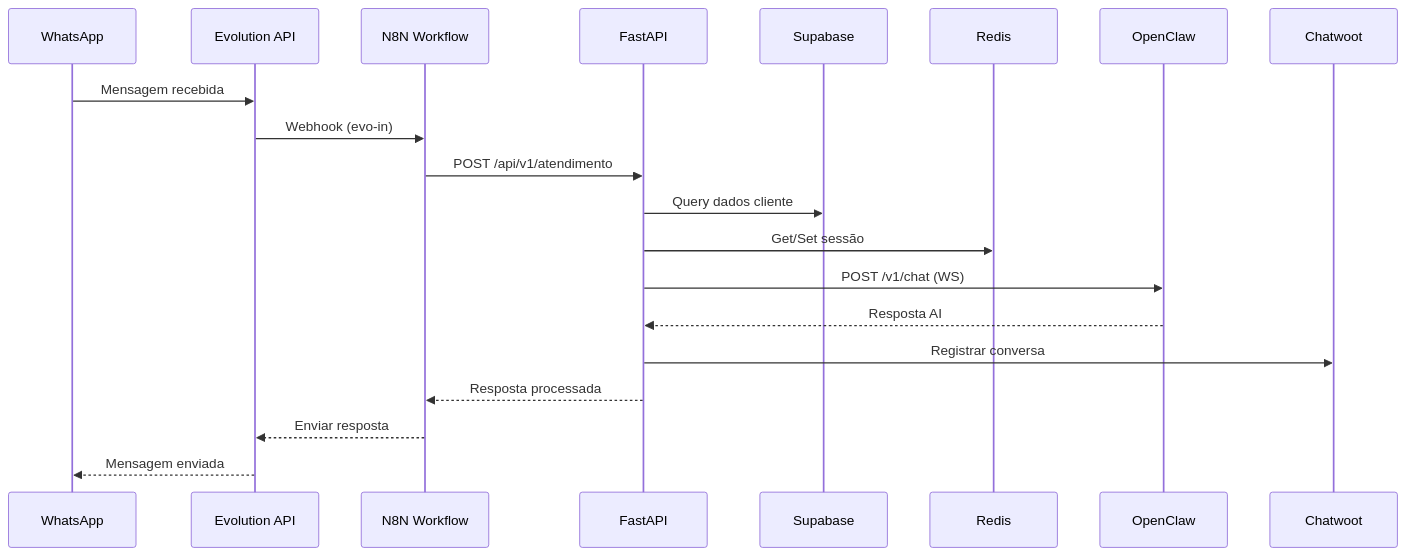
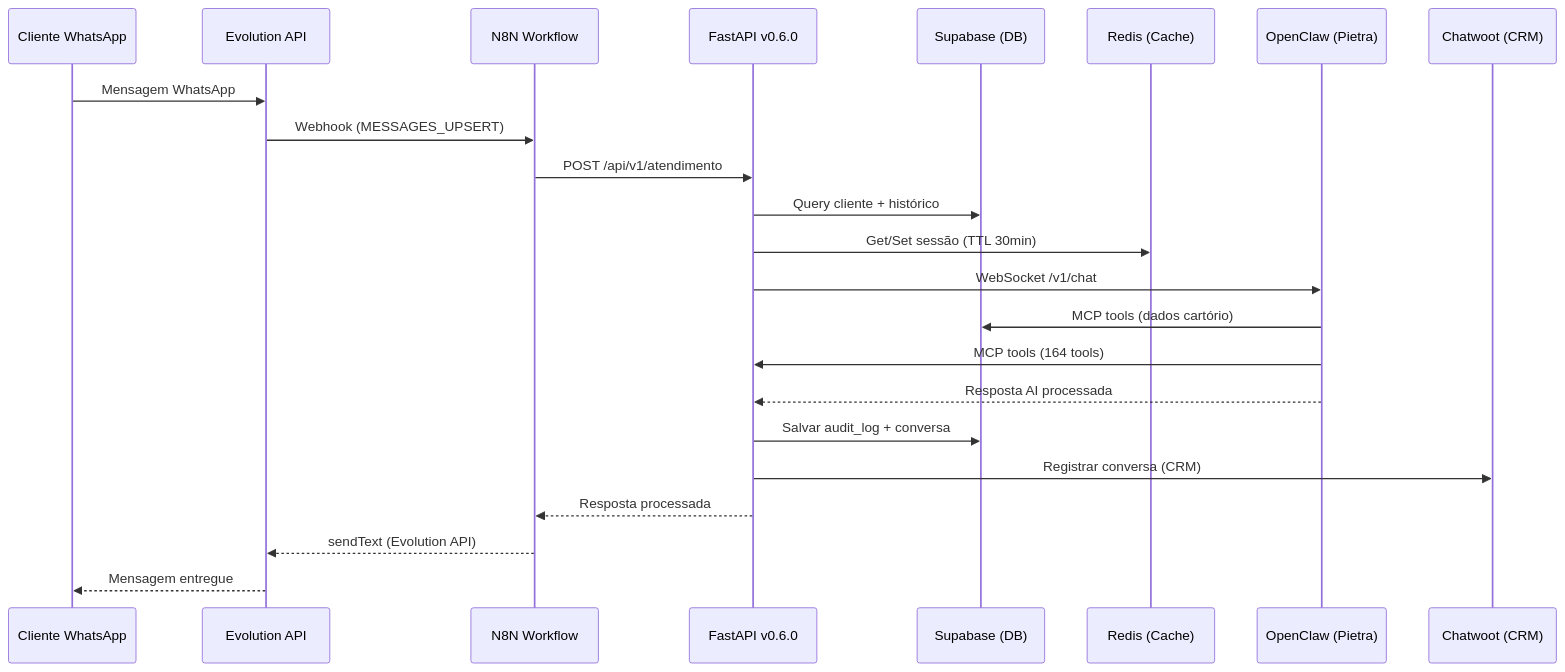
Before and after one commit to gustavofullstack/Cartorio: the diagram in PROMPT.MD, drawn with Mermaid. The commit also changed other lines of this file and 1 other file, not shown here.

````diff
--- a/PROMPT.MD
+++ b/PROMPT.MD
@@ -721,23 +1161,26 @@
 ```mermaid
 sequenceDiagram
-    participant WA as WhatsApp
+    participant CLIENTE as Cliente WhatsApp
     participant EVO as Evolution API
     participant N8N as N8N Workflow
-    participant API as FastAPI
-    participant SUP as Supabase
-    participant RED as Redis
-    participant OCL as OpenClaw
-    participant CW as Chatwoot
+    participant API as FastAPI v0.6.0
+    participant SUP as Supabase (DB)
+    participant RED as Redis (Cache)
+    participant OCL as OpenClaw (Pietra)
+    participant CW as Chatwoot (CRM)
 
-    WA->>EVO: Mensagem recebida
-    EVO->>N8N: Webhook (evo-in)
+    CLIENTE->>EVO: Mensagem WhatsApp
+    EVO->>N8N: Webhook (MESSAGES_UPSERT)
     N8N->>API: POST /api/v1/atendimento
-    API->>SUP: Query dados cliente
-    API->>RED: Get/Set sessão
-    API->>OCL: POST /v1/chat (WS)
-    OCL-->>API: Resposta AI
-    API->>CW: Registrar conversa
+    API->>SUP: Query cliente + histórico
+    API->>RED: Get/Set sessão (TTL 30min)
+    API->>OCL: WebSocket /v1/chat
+    OCL->>SUP: MCP tools (dados cartório)
+    OCL->>API: MCP tools (164 tools)
+    OCL-->>API: Resposta AI processada
+    API->>SUP: Salvar audit_log + conversa
+    API->>CW: Registrar conversa (CRM)
     API-->>N8N: Resposta processada
-    N8N-->>EVO: Enviar resposta
-    EVO-->>WA: Mensagem enviada
+    N8N-->>EVO: sendText (Evolution API)
+    EVO-->>CLIENTE: Mensagem entregue
 ```
````
